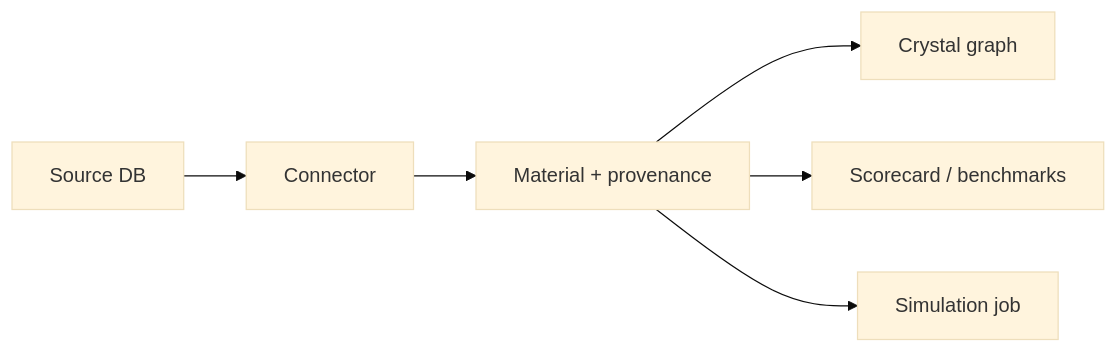
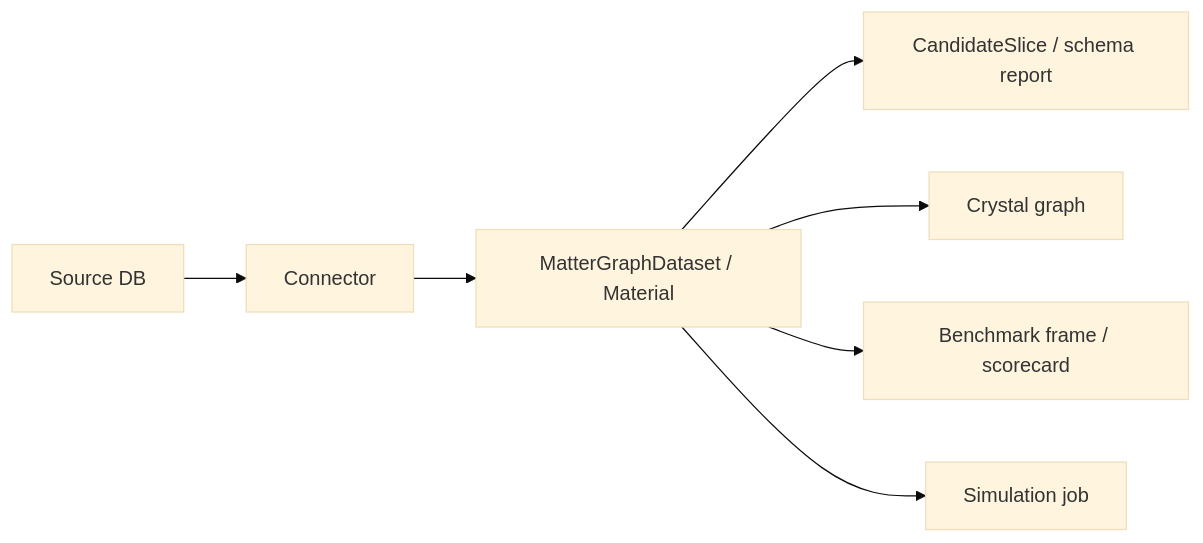
One commit to cyrusmo/MatterGraph changed the diagram in docs/architecture.md. Above: the diagram before and after it, drawn with Mermaid (base theme). The commit also changed other lines of this file and 29 other files, not shown here.

````diff
--- a/docs/architecture.md
+++ b/docs/architecture.md
@@ -11,8 +12,9 @@
 ```mermaid
 flowchart LR
   A[Source DB] --> B[Connector]
-  B --> C[Material + provenance]
-  C --> D[Crystal graph]
-  C --> E[Scorecard / benchmarks]
-  C --> F[Simulation job]
+  B --> C["MatterGraphDataset / Material"]
+  C --> D["CandidateSlice / schema report"]
+  C --> E[Crystal graph]
+  C --> F[Benchmark frame / scorecard]
+  C --> G[Simulation job]
 ```
````
